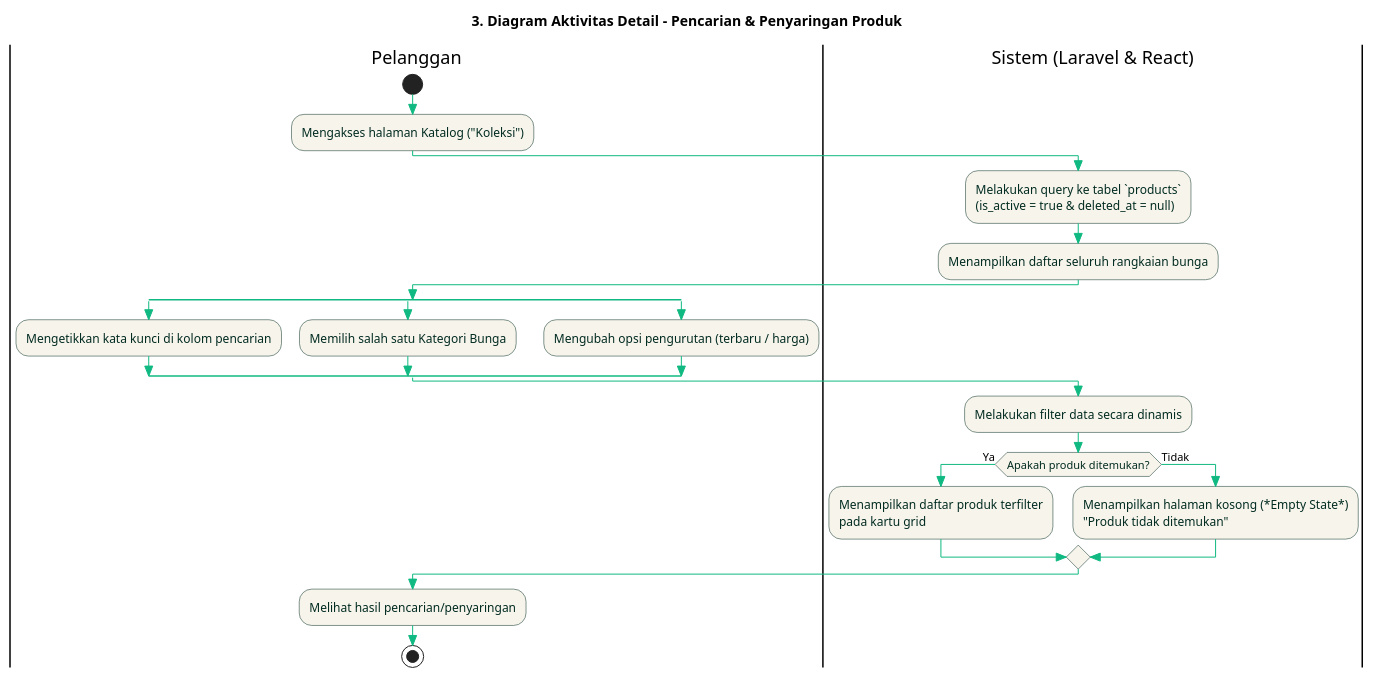
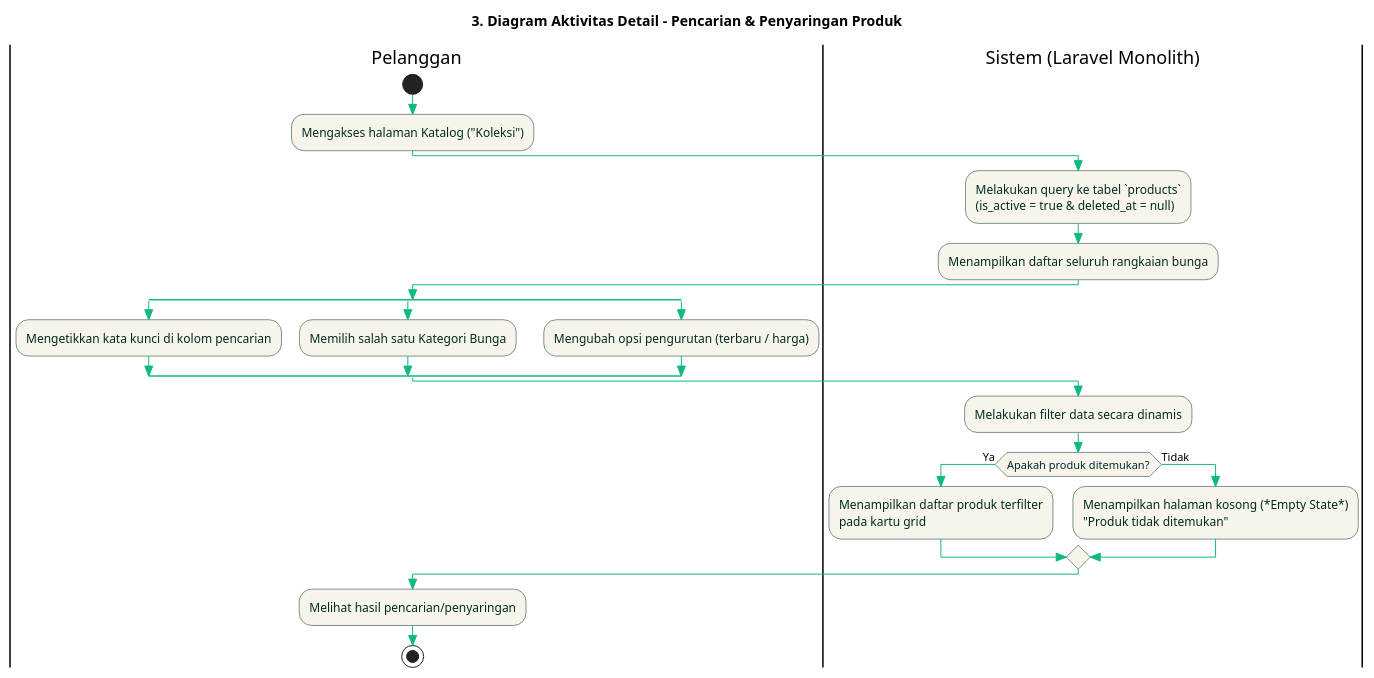
The third of 12 diagrams in docs/bab-3/activity/detailed-flows.puml (ftrrr10/Little-joy-florist), drawn with PlantUML before and after one commit. The commit also changed 4 other files, not shown here.

First line of the commit message:
docs(bab-3): align diagrams and explanations with Laravel Blade monolith stack

```diff
--- a/docs/bab-3/activity/detailed-flows.puml
+++ b/docs/bab-3/activity/detailed-flows.puml
@@ -112,44 +112,44 @@
 @startuml detailed-activity-catalog-search
 skinparam Style strictuml
 skinparam DefaultFontName "Plus Jakarta Sans"
 skinparam ActivityBackgroundColor #F7F4EB
 skinparam ActivityBorderColor #022C22
 skinparam ActivityFontColor #022C22
 skinparam ArrowColor #10B981
 skinparam StartColor #10B981
 skinparam EndColor #EF4444
 skinparam DiamondBackgroundColor #F7F4EB
 skinparam DiamondBorderColor #022C22
 skinparam DiamondFontColor #022C22
 
 title 3. Diagram Aktivitas Detail - Pencarian & Penyaringan Produk
 
 |Pelanggan|
 start
 :Mengakses halaman Katalog ("Koleksi");
 
-|Sistem (Laravel & React)|
+|Sistem (Laravel Monolith)|
 :Melakukan query ke tabel `products`\n(is_active = true & deleted_at = null);
 :Menampilkan daftar seluruh rangkaian bunga;
 
 |Pelanggan|
 split
     :Mengetikkan kata kunci di kolom pencarian;
 split again
     :Memilih salah satu Kategori Bunga;
 split again
     :Mengubah opsi pengurutan (terbaru / harga);
 end split
 
-|Sistem (Laravel & React)|
+|Sistem (Laravel Monolith)|
 :Melakukan filter data secara dinamis;
 if (Apakah produk ditemukan?) then (Ya)
     :Menampilkan daftar produk terfilter\npada kartu grid;
 else (Tidak)
     :Menampilkan halaman kosong (*Empty State*)\n"Produk tidak ditemukan";
 endif
 
 |Pelanggan|
 :Melihat hasil pencarian/penyaringan;
 stop
 @enduml
```
